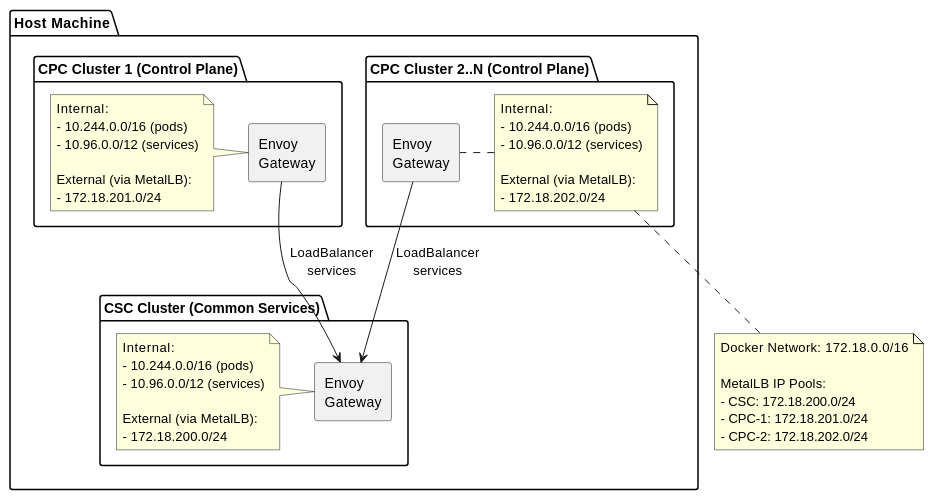
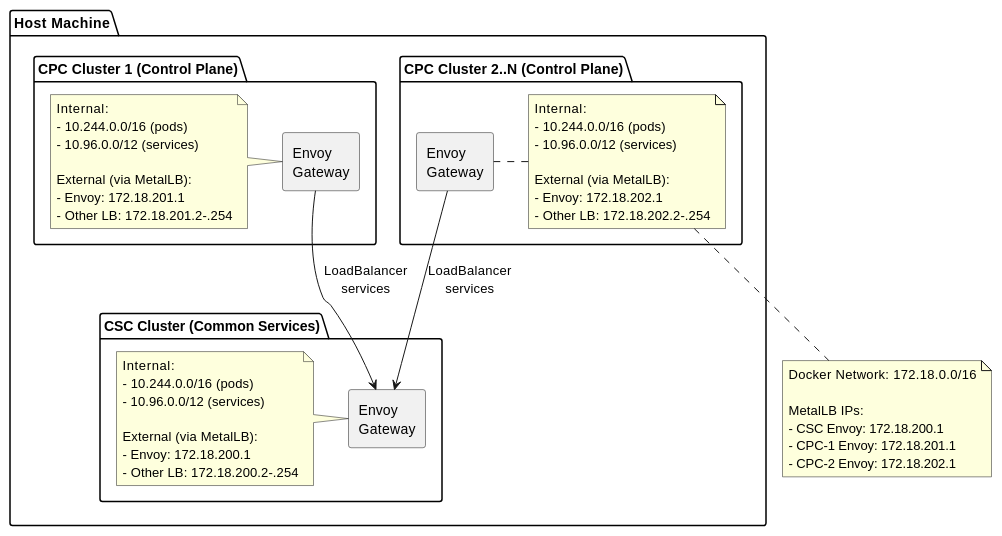
Before and after one commit to NVIDIA/dsx-exchange: the diagram in local/infra/README.md, drawn with PlantUML. The commit also changed other lines of this file and 65 other files, not shown here.

````diff
--- a/local/infra/README.md
+++ b/local/infra/README.md
@@ -310,59 +245,62 @@
 ```plantuml
 @startuml network-architecture
 
 skinparam componentStyle rectangle
 skinparam backgroundColor white
 
 package "Host Machine" {
 
     package "CSC Cluster (Common Services)" as csc {
         component "Envoy\nGateway" as csc_gw
         note left of csc_gw
             Internal:
             - 10.244.0.0/16 (pods)
             - 10.96.0.0/12 (services)
 
             External (via MetalLB):
-            - 172.18.200.0/24
+            - Envoy: 172.18.200.1
+            - Other LB: 172.18.200.2-.254
         end note
     }
 
     package "CPC Cluster 1 (Control Plane)" as cpc1 {
         component "Envoy\nGateway" as cpc1_gw
         note left of cpc1_gw
             Internal:
             - 10.244.0.0/16 (pods)
             - 10.96.0.0/12 (services)
 
             External (via MetalLB):
-            - 172.18.201.0/24
+            - Envoy: 172.18.201.1
+            - Other LB: 172.18.201.2-.254
         end note
     }
 
     package "CPC Cluster 2..N (Control Plane)" as cpc2 {
         component "Envoy\nGateway" as cpc2_gw
         note left of cpc2_gw
             Internal:
             - 10.244.0.0/16 (pods)
             - 10.96.0.0/12 (services)
 
             External (via MetalLB):
-            - 172.18.202.0/24
+            - Envoy: 172.18.202.1
+            - Other LB: 172.18.202.2-.254
         end note
     }
 }
 
 note bottom
     Docker Network: 172.18.0.0/16
 
-    MetalLB IP Pools:
-    - CSC: 172.18.200.0/24
-    - CPC-1: 172.18.201.0/24
-    - CPC-2: 172.18.202.0/24
+    MetalLB IPs:
+    - CSC Envoy: 172.18.200.1
+    - CPC-1 Envoy: 172.18.201.1
+    - CPC-2 Envoy: 172.18.202.1
 end note
 
 cpc1_gw --> csc_gw : LoadBalancer\nservices
 cpc2_gw --> csc_gw : LoadBalancer\nservices
 
 @enduml
 ```
````
